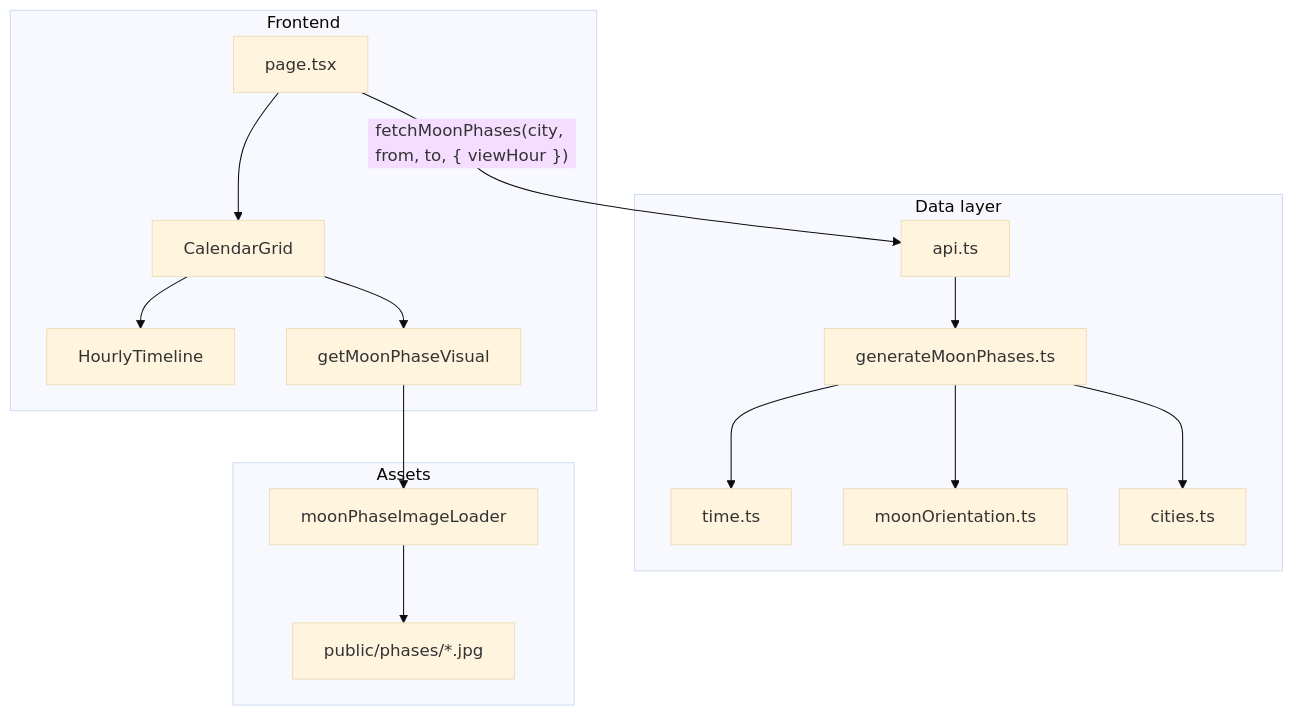
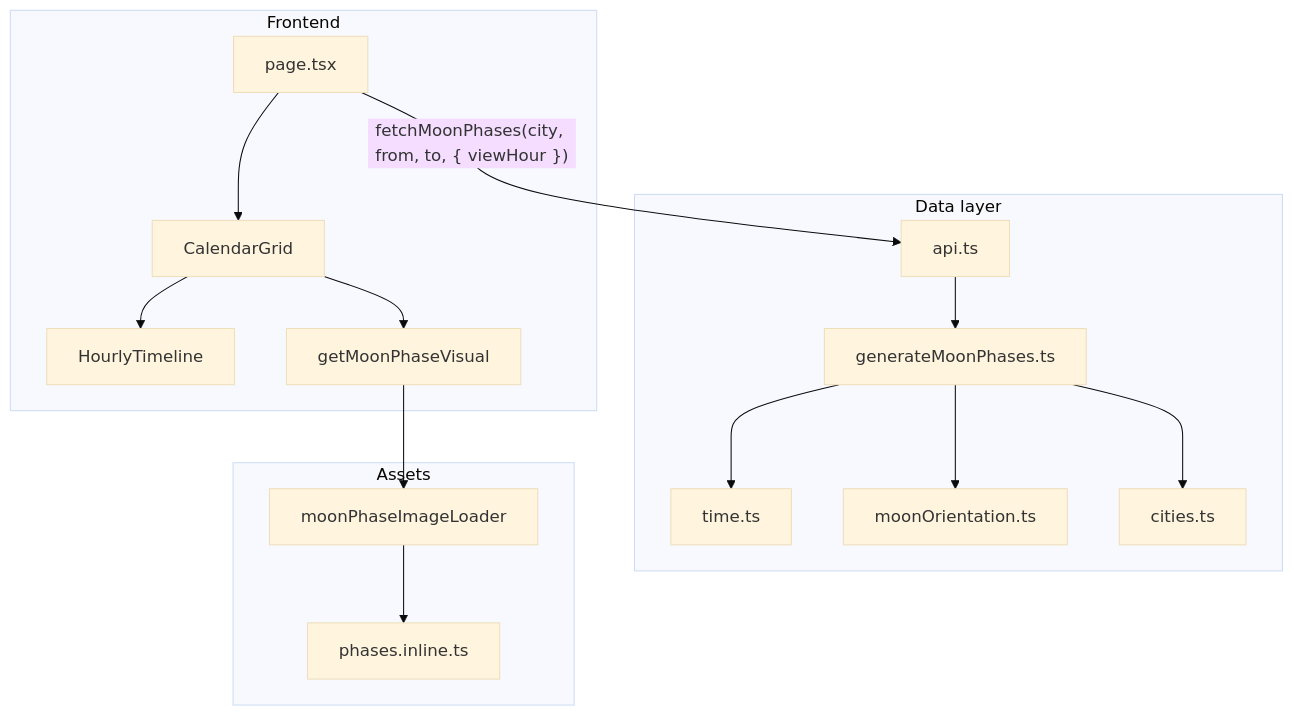
The diagram in docs/data-flow.md (theonlysinjin/moon-phases), drawn with Mermaid (base theme) before and after one commit. The commit also changed other lines of this file and 13 other files, not shown here.

First line of the commit message:
docs: align documentation with current architecture and assets

````diff
--- a/docs/data-flow.md
+++ b/docs/data-flow.md
@@ -7,32 +7,32 @@
 ```mermaid
 flowchart TB
     subgraph UI["Frontend"]
         Page["page.tsx"]
         Grid["CalendarGrid"]
         Hourly["HourlyTimeline"]
         Visual["getMoonPhaseVisual"]
         Page --> Grid
         Grid --> Hourly
         Grid --> Visual
     end
 
     subgraph Data["Data layer"]
         API["api.ts"]
         Gen["generateMoonPhases.ts"]
         Time["time.ts"]
         Orient["moonOrientation.ts"]
         Cities["cities.ts"]
         API --> Gen
         Gen --> Time
         Gen --> Orient
         Gen --> Cities
     end
 
     subgraph Assets["Assets"]
         Loader["moonPhaseImageLoader"]
-        Images["public/phases/*.jpg"]
-        Visual --> Loader --> Images
+        Inline["phases.inline.ts"]
+        Visual --> Loader --> Inline
     end
 
     Page -->|"fetchMoonPhases(city, from, to, { viewHour })"| API
 ```
````
